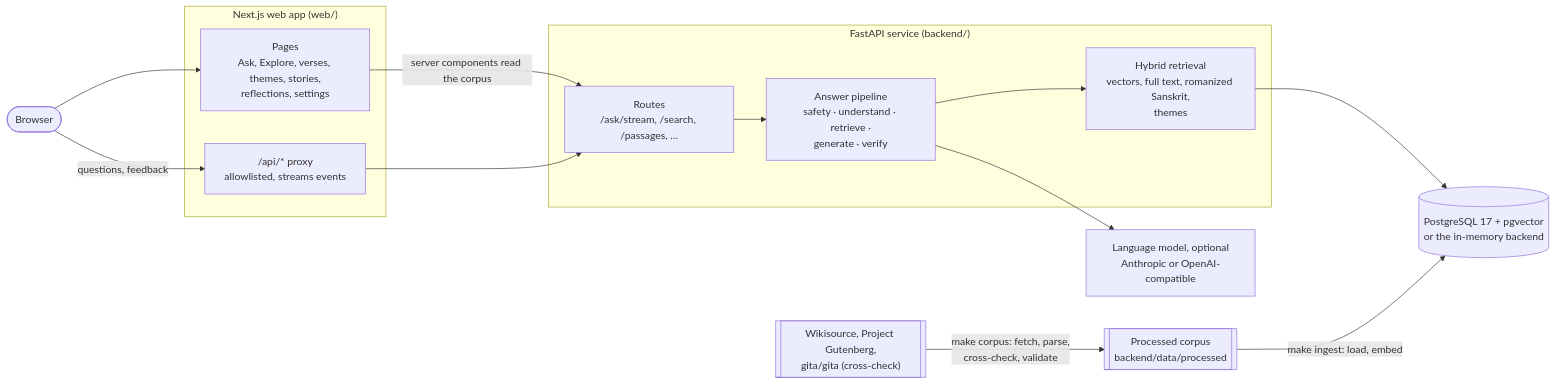
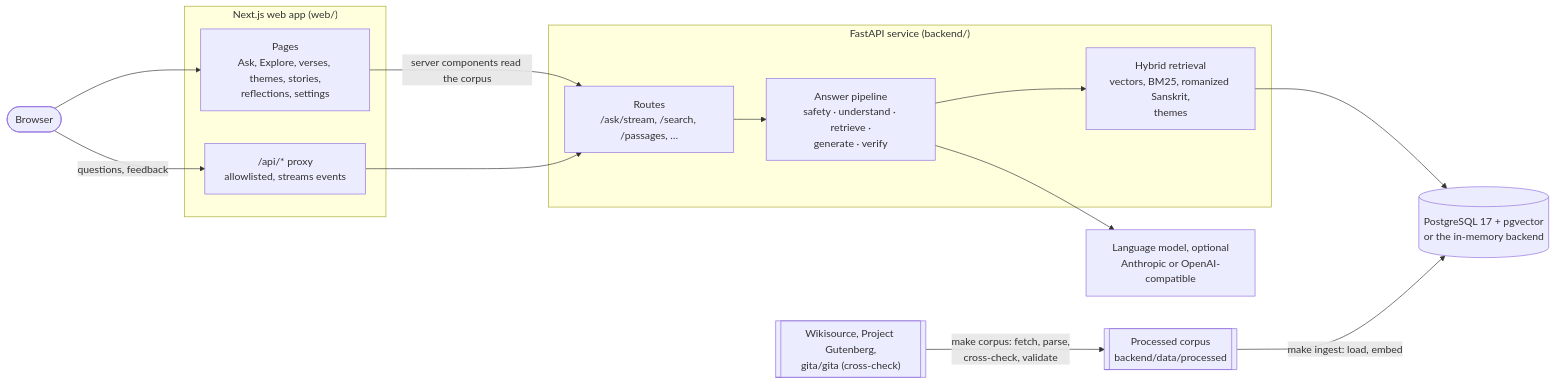
The diagram in README.md (tanmaytyagii/bodh), drawn with Mermaid before and after one commit. The commit also changed other lines of this file and 36 other files, not shown here.

````diff
--- a/README.md
+++ b/README.md
@@ -50,31 +50,31 @@
 ```mermaid
 flowchart LR
   browser(["Browser"])
 
   subgraph web["Next.js web app (web/)"]
     pages["Pages<br/>Ask, Explore, verses, themes, stories,<br/>reflections, settings"]
     proxy["/api/* proxy<br/>allowlisted, streams events"]
   end
 
   subgraph api["FastAPI service (backend/)"]
     routes["Routes<br/>/ask/stream, /search, /passages, …"]
     service["Answer pipeline<br/>safety · understand · retrieve ·<br/>generate · verify"]
-    retriever["Hybrid retrieval<br/>vectors, full text, romanized Sanskrit,<br/>themes"]
+    retriever["Hybrid retrieval<br/>vectors, BM25, romanized Sanskrit,<br/>themes"]
   end
 
   store[("PostgreSQL 17 + pgvector<br/>or the in-memory backend")]
   llm["Language model, optional<br/>Anthropic or OpenAI-compatible"]
   corpus[["Processed corpus<br/>backend/data/processed"]]
   sources[["Wikisource, Project Gutenberg,<br/>gita/gita (cross-check)"]]
 
   browser --> pages
   browser -- "questions, feedback" --> proxy
   pages -- "server components read the corpus" --> routes
   proxy --> routes
   routes --> service
   service --> retriever
   retriever --> store
   service --> llm
   sources -- "make corpus: fetch, parse,<br/>cross-check, validate" --> corpus
   corpus -- "make ingest: load, embed" --> store
 ```
````
